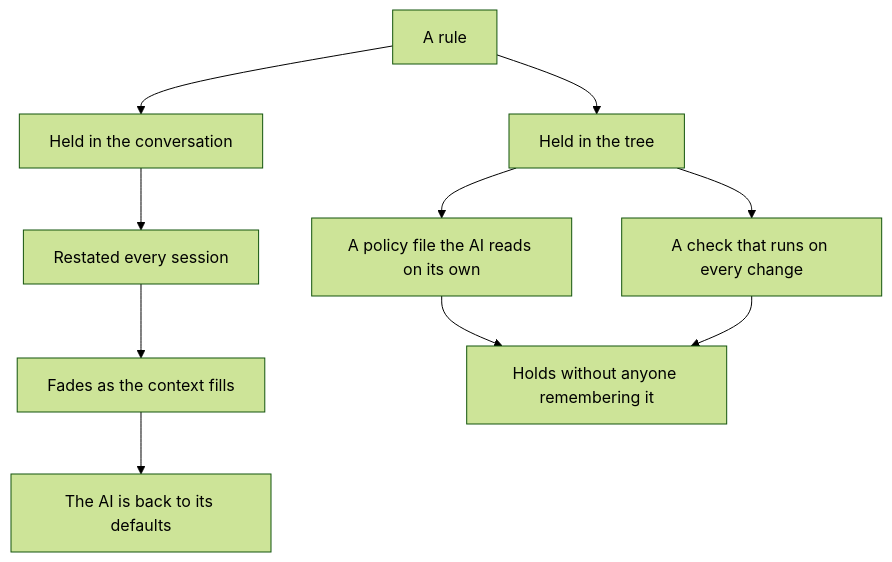
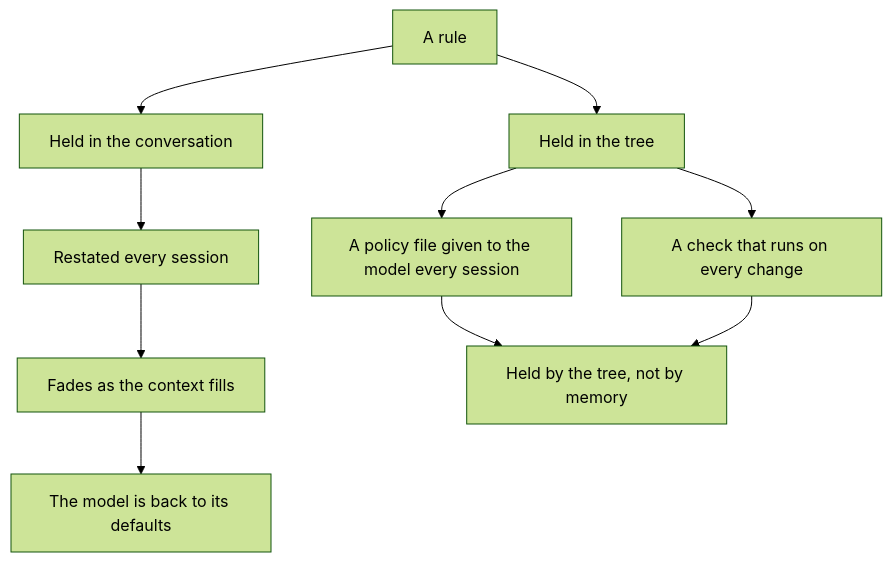
The ninth of 15 diagrams in START.md (Varietyz/Disciplined-AI-Software-Development), drawn with Mermaid (forest theme) before and after one commit. The commit also changed other lines of this file and 25 other files, not shown here.

````diff
--- a/START.md
+++ b/START.md
@@ -327,15 +305,15 @@
 ```mermaid
 flowchart TB
 rule["A rule"]
 conversation["Held in the conversation"]
 restated["Restated every session"]
 fades["Fades as the context fills"]
-defaults["The AI is back to its defaults"]
+defaults["The model is back to its defaults"]
 tree["Held in the tree"]
-policy["A policy file the AI reads on its own"]
+policy["A policy file given to the model every session"]
 check["A check that runs on every change"]
-holds["Holds without anyone remembering it"]
+holds["Held by the tree, not by memory"]
 rule --> conversation --> restated --> fades --> defaults
 rule --> tree --> policy --> holds
 tree --> check --> holds
 ```
````
